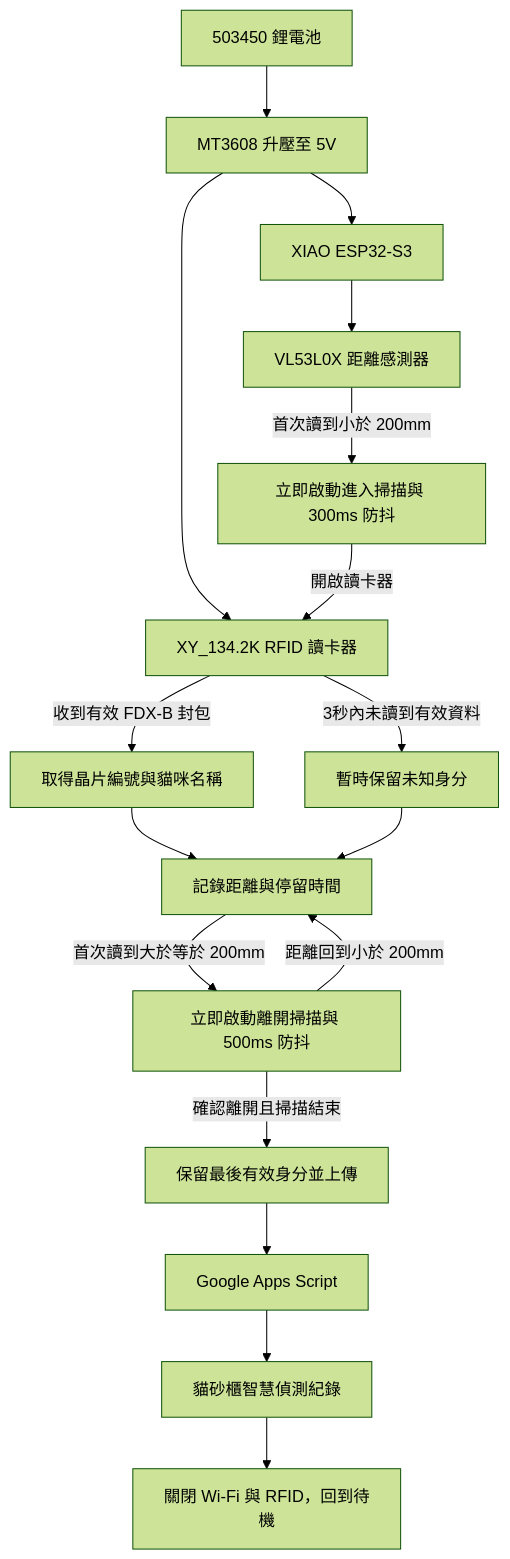
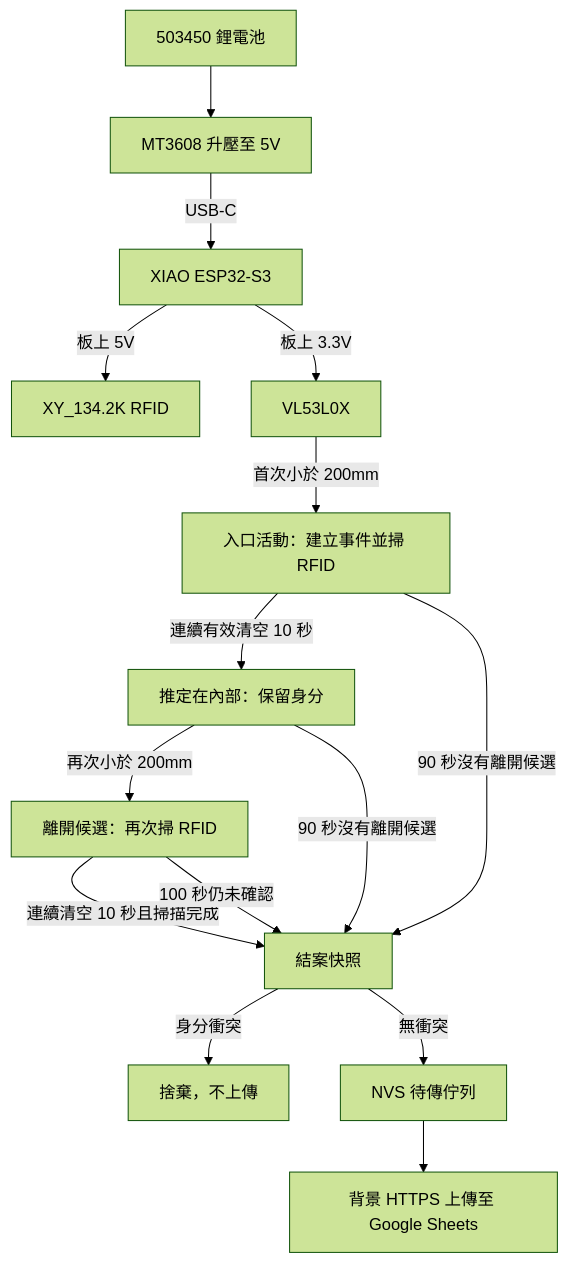
Before and after one commit to ziv50109/smart-litter-cabinet: the diagram in README.zh-TW.md, drawn with Mermaid (forest theme). The commit also changed other lines of this file and 5 other files, not shown here.

````diff
--- a/README.zh-TW.md
+++ b/README.zh-TW.md
@@ -11,20 +11,17 @@
 ```mermaid
 flowchart TD
     Battery[503450 鋰電池] --> Boost[MT3608 升壓至 5V]
-    Boost --> ESP32[XIAO ESP32-S3]
-    Boost --> RFID[XY_134.2K RFID 讀卡器]
-    ESP32 --> ToF[VL53L0X 距離感測器]
-
-    ToF -->|首次讀到小於 200mm| Detect[立即啟動進入掃描與 300ms 防抖]
-    Detect -->|開啟讀卡器| RFID
-    RFID -->|收到有效 FDX-B 封包| Identify[取得晶片編號與貓咪名稱]
-    RFID -->|3秒內未讀到有效資料| Unknown[暫時保留未知身分]
-    Identify --> Monitor[記錄距離與停留時間]
-    Unknown --> Monitor
-    Monitor -->|首次讀到大於等於 200mm| Exit[立即啟動離開掃描與 500ms 防抖]
-    Exit -->|距離回到小於 200mm| Monitor
-    Exit -->|確認離開且掃描結束| WiFi[保留最後有效身分並上傳]
-    WiFi --> Script[Google Apps Script]
-    Script --> Sheet[貓砂櫃智慧偵測紀錄]
-    Sheet --> Sleep[關閉 Wi-Fi 與 RFID，回到待機]
+    Boost -->|USB-C| ESP32[XIAO ESP32-S3]
+    ESP32 -->|板上 5V| RFID[XY_134.2K RFID]
+    ESP32 -->|板上 3.3V| ToF[VL53L0X]
+    ToF -->|首次小於 200mm| Entry[入口活動：建立事件並掃 RFID]
+    Entry -->|連續有效清空 10 秒| Inside[推定在內部：保留身分]
+    Inside -->|再次小於 200mm| Exit[離開候選：再次掃 RFID]
+    Exit -->|連續清空 10 秒且掃描完成| Close[結案快照]
+    Entry -->|90 秒沒有離開候選| Close
+    Inside -->|90 秒沒有離開候選| Close
+    Exit -->|100 秒仍未確認| Close
+    Close -->|身分衝突| Drop[捨棄，不上傳]
+    Close -->|無衝突| Queue[NVS 待傳佇列]
+    Queue --> Worker[背景 HTTPS 上傳至 Google Sheets]
 ```
````
